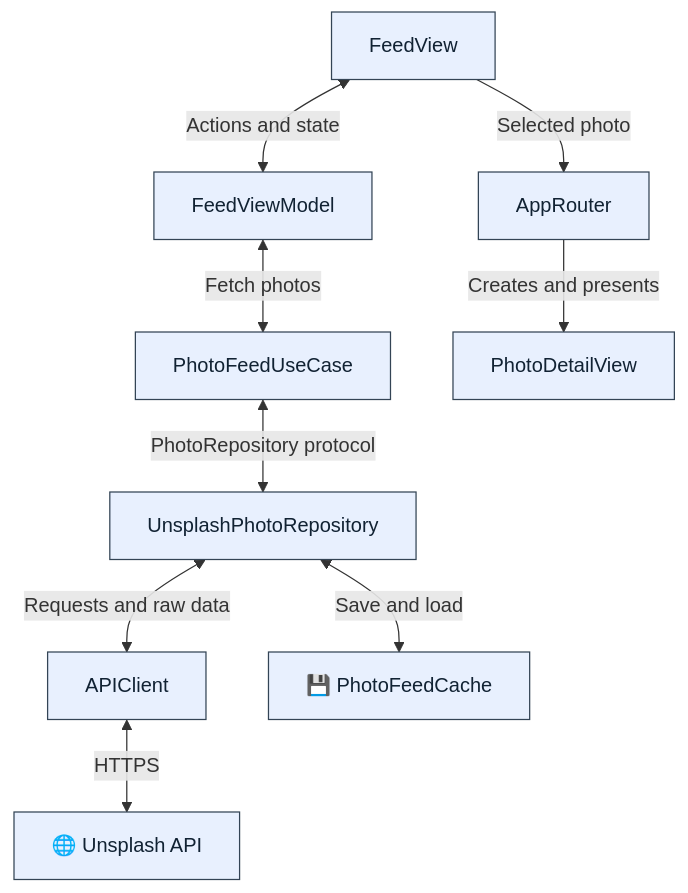
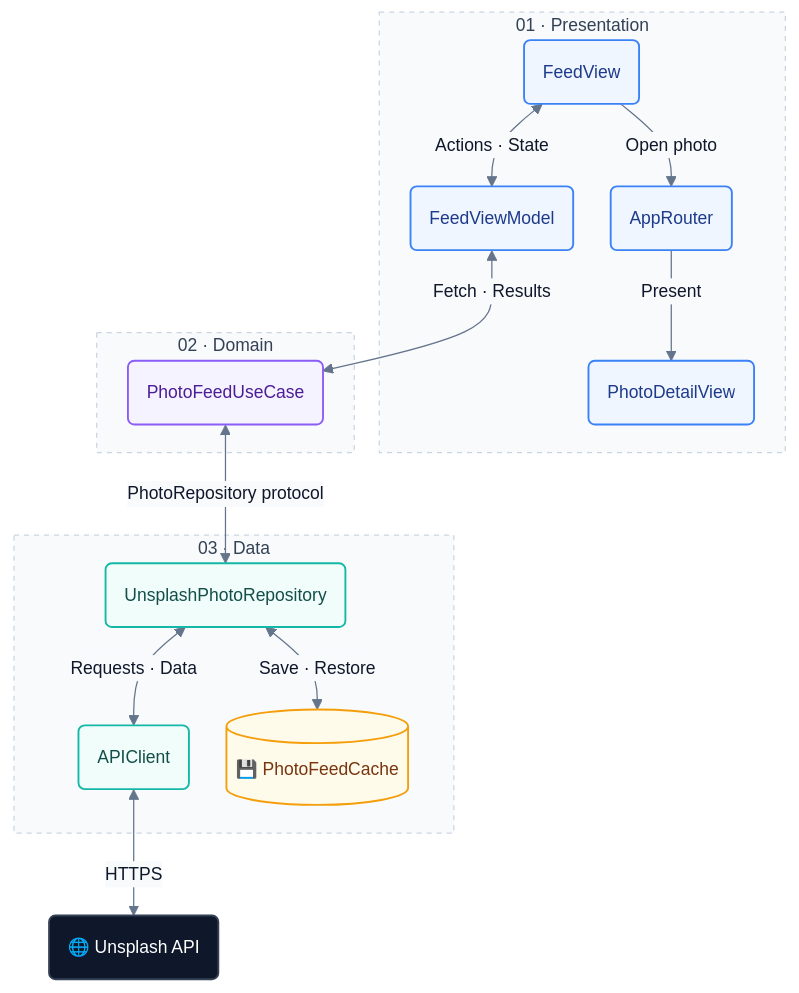
Before and after one commit to rahimkhalid/ImageLoaderFeed: the diagram in README.md, drawn with Mermaid. The commit also changed other lines of this file, not shown here.

````diff
--- a/README.md
+++ b/README.md
@@ -41,14 +41,38 @@
 ```mermaid
-flowchart TD
-    View[FeedView] <-->|Actions and state| VM[FeedViewModel]
-    VM <-->|Fetch photos| UseCase[PhotoFeedUseCase]
-    UseCase <-->|PhotoRepository protocol| Repository[UnsplashPhotoRepository]
-    Repository <-->|Requests and raw data| Client[APIClient]
-    Client <-->|HTTPS| API[🌐 Unsplash API]
-    Repository <-->|Save and load| Cache[💾 PhotoFeedCache]
-    View -->|Selected photo| Router[AppRouter]
-    Router -->|Creates and presents| Detail[PhotoDetailView]
+%%{init: {"theme": "base", "themeVariables": {"fontFamily": "Arial, sans-serif", "fontSize": "14px", "lineColor": "#64748B", "primaryTextColor": "#0F172A", "edgeLabelBackground": "#F8FAFC"}, "flowchart": {"curve": "basis", "nodeSpacing": 30, "rankSpacing": 45}}}%%
+flowchart TB
+    subgraph Presentation["01 · Presentation"]
+        View("FeedView") <-->|Actions · State| VM("FeedViewModel")
+        View -->|Open photo| Router("AppRouter")
+        Router -->|Present| Detail("PhotoDetailView")
+    end
 
-    classDef component fill:#E8F0FE,stroke:#345,color:#123
-    class View,VM,UseCase,Repository,Client,API,Cache,Router,Detail component
+    subgraph Domain["02 · Domain"]
+        UseCase("PhotoFeedUseCase")
+    end
+
+    subgraph Data["03 · Data"]
+        Repository("UnsplashPhotoRepository") <-->|Requests · Data| Client("APIClient")
+        Repository <-->|Save · Restore| Cache[("💾 PhotoFeedCache")]
+    end
+
+    VM <-->|Fetch · Results| UseCase
+    UseCase <-->|PhotoRepository protocol| Repository
+    Client <-->|HTTPS| API("🌐 Unsplash API")
+
+    classDef presentation fill:#EFF6FF,stroke:#3B82F6,stroke-width:1.5px,color:#1E3A8A
+    classDef domain fill:#F5F3FF,stroke:#8B5CF6,stroke-width:1.5px,color:#4C1D95
+    classDef data fill:#F0FDFA,stroke:#14B8A6,stroke-width:1.5px,color:#134E4A
+    classDef storage fill:#FFFBEB,stroke:#F59E0B,stroke-width:1.5px,color:#78350F
+    classDef external fill:#0F172A,stroke:#334155,stroke-width:1.5px,color:#FFFFFF
+
+    class View,VM,Router,Detail presentation
+    class UseCase domain
+    class Repository,Client data
+    class Cache storage
+    class API external
+
+    style Presentation fill:#F8FAFC,stroke:#CBD5E1,stroke-dasharray:4 4,color:#334155
+    style Domain fill:#F8FAFC,stroke:#CBD5E1,stroke-dasharray:4 4,color:#334155
+    style Data fill:#F8FAFC,stroke:#CBD5E1,stroke-dasharray:4 4,color:#334155
 ```
````
